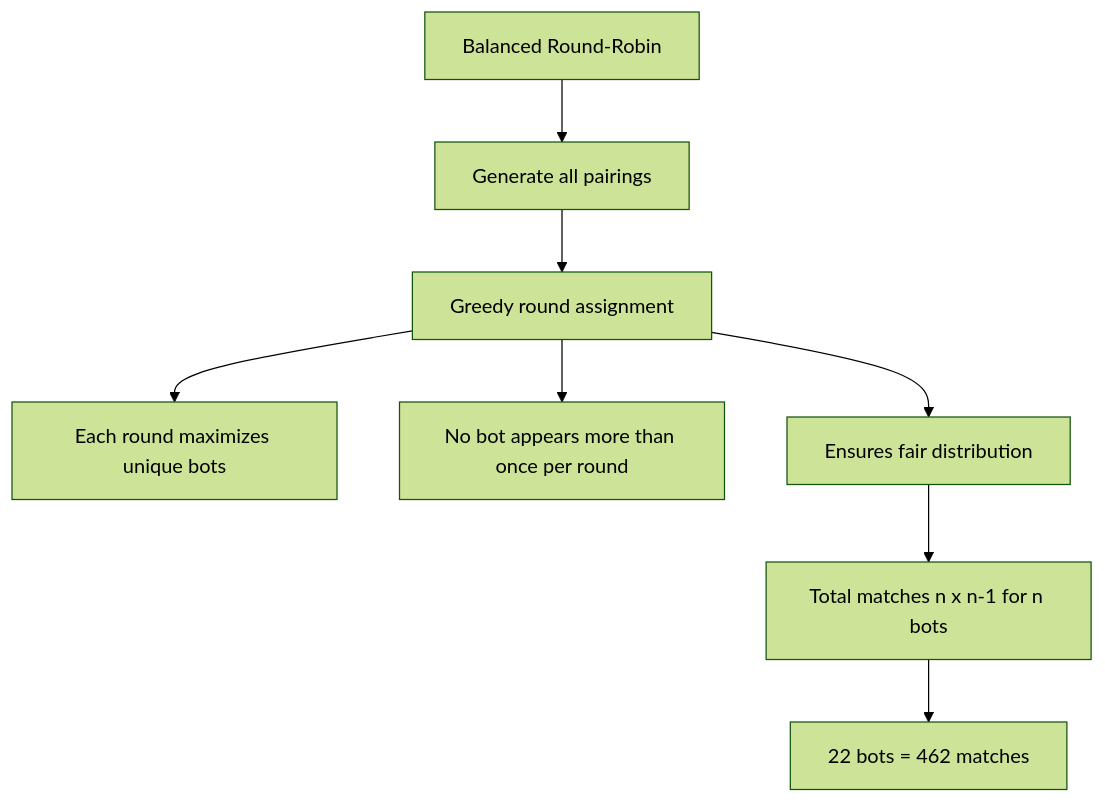
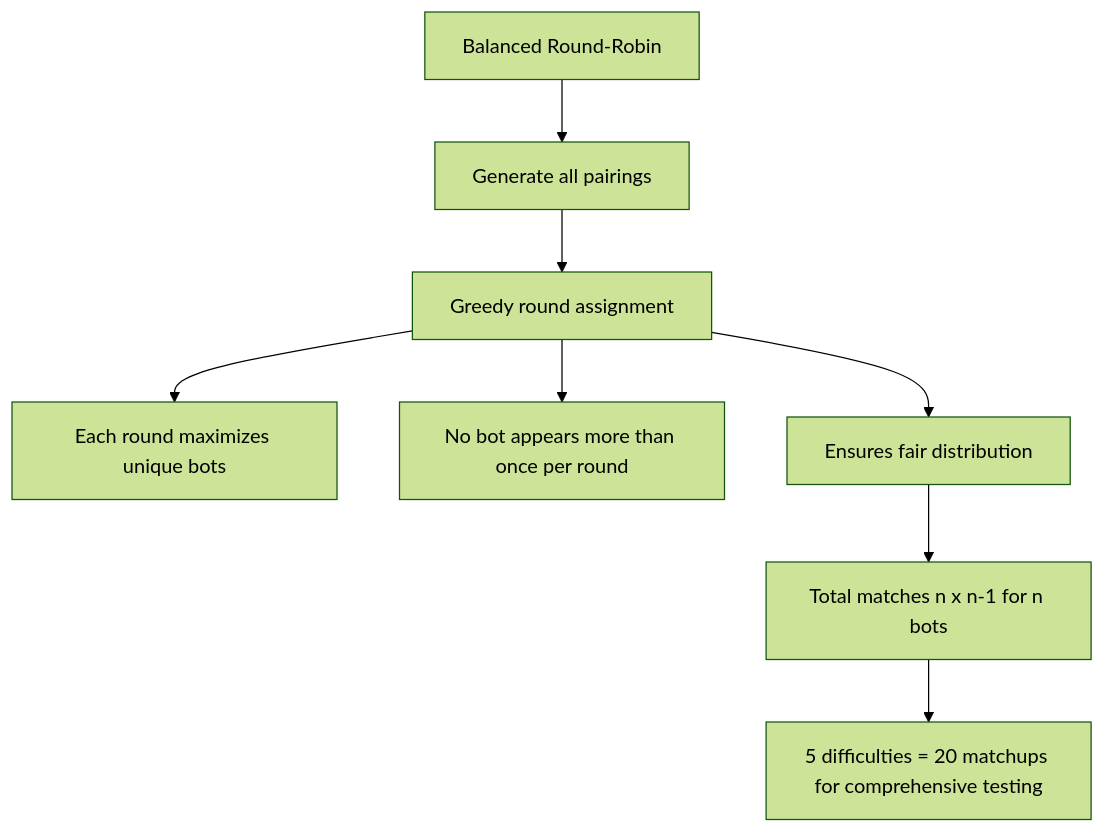
Before and after one commit to lavantien/caro-ai-pvp: the fifth of 5 diagrams in README.md, drawn with Mermaid (forest theme). The commit also changed other lines of this file and 2 other files, not shown here.

````diff
--- a/README.md
+++ b/README.md
@@ -681,10 +707,10 @@
 ```mermaid
 graph TD
     A[Balanced Round-Robin] --> B[Generate all pairings]
     B --> C[Greedy round assignment]
     C --> D[Each round maximizes unique bots]
     C --> E[No bot appears more than once per round]
     C --> F[Ensures fair distribution]
     F --> G[Total matches n x n-1 for n bots]
-    G --> H[22 bots = 462 matches]
+    G --> H[5 difficulties = 20 matchups for comprehensive testing]
 ```
````
